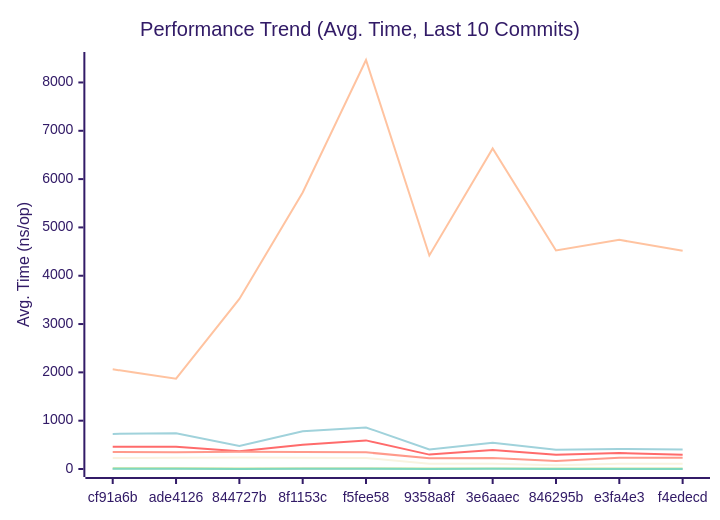
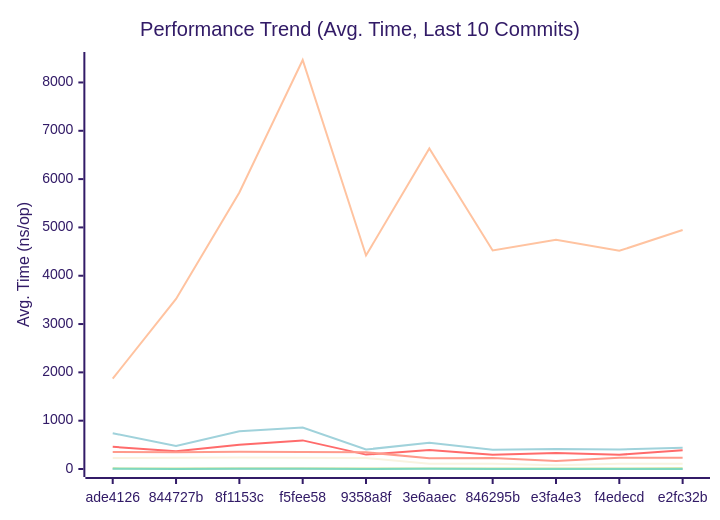
The first of 3 diagrams in docs/PERFORMANCE.md (alsotoes/momo), drawn with Mermaid (forest theme) before and after one commit. The commit also changed other lines of this file and 2 other files, not shown here.

````diff
--- a/docs/PERFORMANCE.md
+++ b/docs/PERFORMANCE.md
@@ -80,16 +80,16 @@
 ```mermaid
 xychart-beta
     title "Performance Trend (Avg. Time, Last 10 Commits)"
     x-axis "Commit"
     y-axis "Avg. Time (ns/op)"
-    x-axis [cf91a6b,ade4126,844727b,8f1153c,f5fee58,9358a8f,3e6aaec,846295b,e3fa4e3,f4edecd]
-    line "CheckMetricsAndSwap" [15,13,10,15,14,8,11,8,8,9]
-    line "CrushOptimized" [463,458,370,501,592,298,393,297,329,295]
-    line "CrushOriginal" [726,740,478,781,860,403,545,396,415,403]
-    line "IndexDirectTracking" [1,1,0,1,1,0,0,0,0,0]
-    line "IndexSearch" [2,2,2,3,3,2,2,2,2,2]
-    line "LoadGlobalConfig" [2063,1870,3519,5724,8465,4420,6633,4524,4742,4516]
-    line "PadString" [3,3,2,3,3,2,3,2,2,2]
+    x-axis [ade4126,844727b,8f1153c,f5fee58,9358a8f,3e6aaec,846295b,e3fa4e3,f4edecd,e2fc32b]
+    line "CheckMetricsAndSwap" [13,10,15,14,8,11,8,8,9,13]
+    line "CrushOptimized" [458,370,501,592,298,393,297,329,295,389]
+    line "CrushOriginal" [740,478,781,860,403,545,396,415,403,442]
+    line "IndexDirectTracking" [1,0,1,1,0,0,0,0,0,0]
+    line "IndexSearch" [2,2,3,3,2,2,2,2,2,2]
+    line "LoadGlobalConfig" [1870,3519,5724,8465,4420,6633,4524,4742,4516,4948]
+    line "PadString" [3,2,3,3,2,3,2,2,2,2]
     line "ParseReplicationOrder_NoPrealloc" [350,349,357,354,345,225,229,165,232,234]
     line "ParseReplicationOrder_Prealloc" [229,231,237,234,229,108,107,80,110,109]
 ```
````
